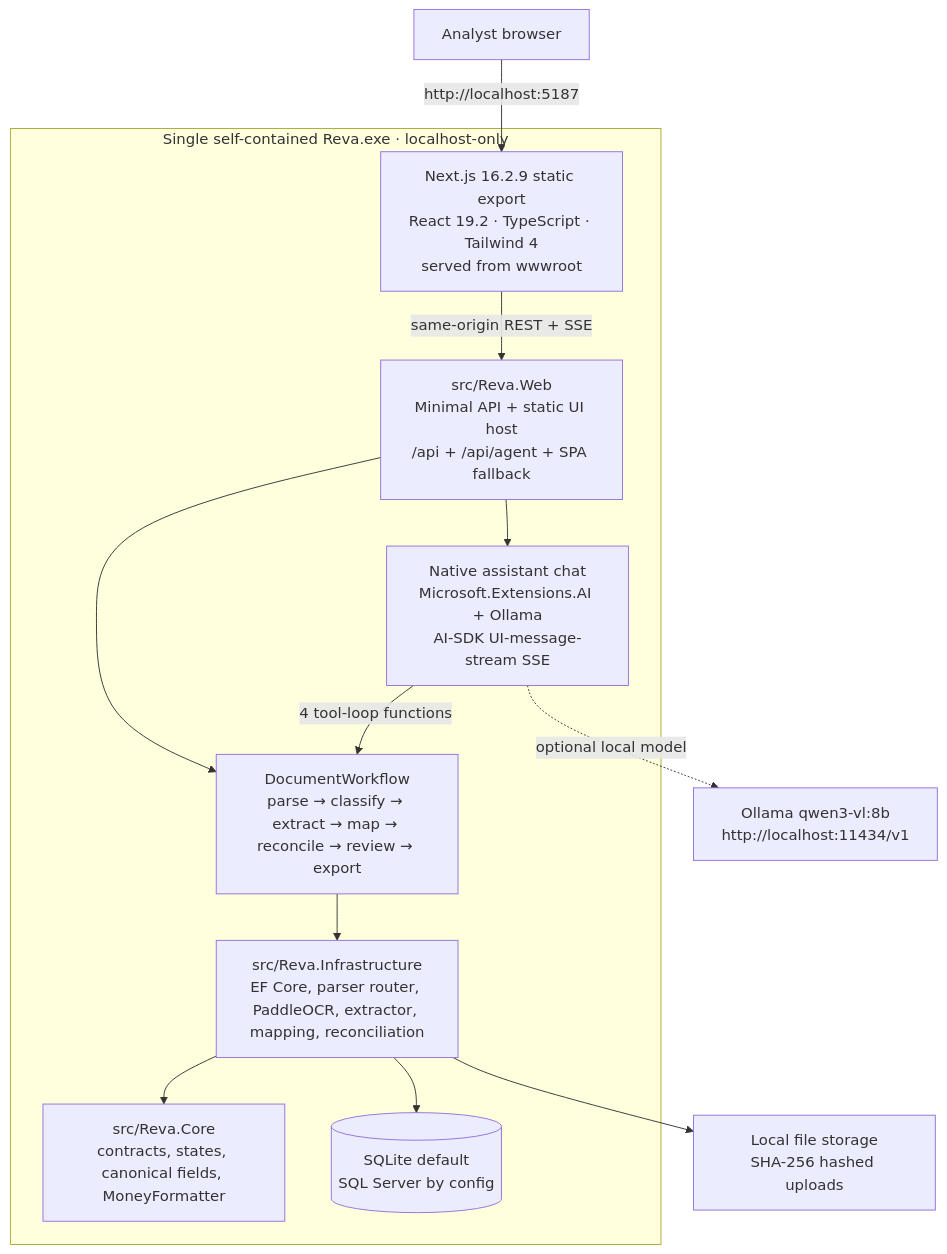
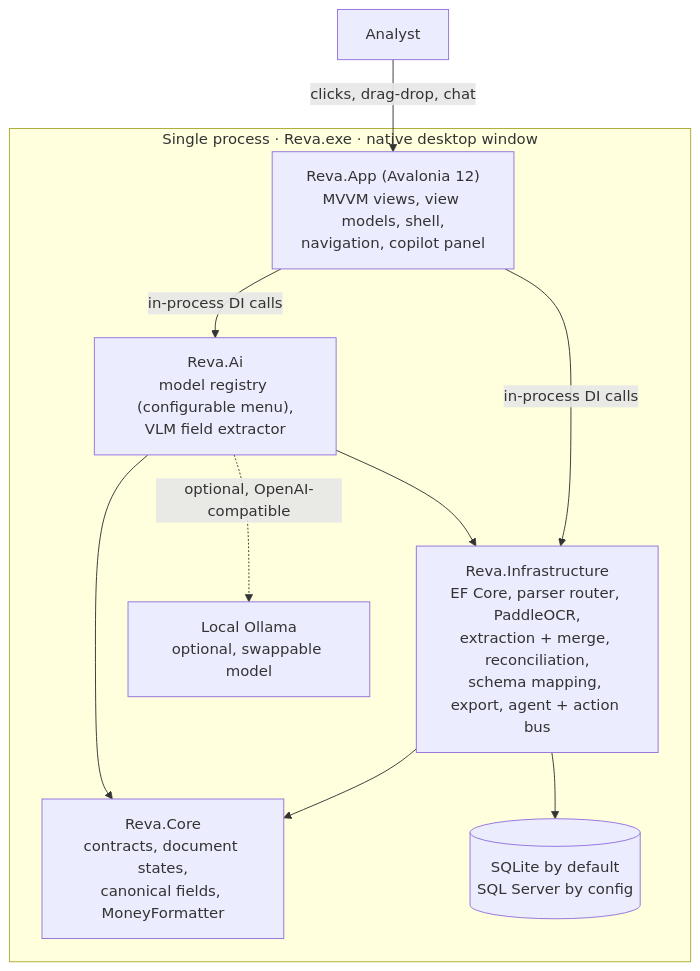
Before and after one commit to xt0n1-t3ch/Reva: the first of 2 diagrams in README.md, drawn with Mermaid. The commit also changed other lines of this file and 95 other files, not shown here.

First line of the commit message:
feat(app): Reva 2.0 — native Avalonia app, VLM-first pipeline, agentic copilot

````diff
--- a/README.md
+++ b/README.md
@@ -46,23 +102,20 @@
 ```mermaid
 flowchart TB
-  subgraph Runtime["Single self-contained Reva.exe · localhost-only"]
-    Host["src/Reva.Web<br/>Minimal API + static UI host<br/>/api + /api/agent + SPA fallback"]
-    UI["Next.js 16.2.9 static export<br/>React 19.2 · TypeScript · Tailwind 4<br/>served from wwwroot"]
-    Agent["Native assistant chat<br/>Microsoft.Extensions.AI + Ollama<br/>AI-SDK UI-message-stream SSE"]
-    Workflow["DocumentWorkflow<br/>parse → classify → extract → map → reconcile → review → export"]
-    Infra["src/Reva.Infrastructure<br/>EF Core, parser router, PaddleOCR, extractor, mapping, reconciliation"]
-    Core["src/Reva.Core<br/>contracts, states, canonical fields, MoneyFormatter"]
-    Store[("SQLite default<br/>SQL Server by config")]
+  subgraph Proc["Single process · Reva.exe · native desktop window"]
+    App["Reva.App (Avalonia 12)<br/>MVVM views, view models, shell,<br/>navigation, copilot panel"]
+    Ai["Reva.Ai<br/>model registry (configurable menu),<br/>VLM field extractor"]
+    Infra["Reva.Infrastructure<br/>EF Core, parser router, PaddleOCR,<br/>extraction + merge, reconciliation,<br/>schema mapping, export, agent + action bus"]
+    Core["Reva.Core<br/>contracts, document states,<br/>canonical fields, MoneyFormatter"]
+    Store[("SQLite by default<br/>SQL Server by config")]
+    Ollama["Local Ollama<br/>optional, swappable model"]
   end
 
-  Analyst["Analyst browser"] -->|http://localhost:5187| UI
-  UI -->|same-origin REST + SSE| Host
-  Host --> Workflow
-  Host --> Agent
-  Agent -->|4 tool-loop functions| Workflow
-  Workflow --> Infra
+  User["Analyst"] -->|clicks, drag-drop, chat| App
+  App -->|in-process DI calls| Ai
+  App -->|in-process DI calls| Infra
+  Ai --> Infra
   Infra --> Core
+  Ai --> Core
   Infra --> Store
-  Infra --> Files["Local file storage<br/>SHA-256 hashed uploads"]
-  Agent -. optional local model .-> Ollama["Ollama qwen3-vl:8b<br/>http://localhost:11434/v1"]
+  Ai -. optional, OpenAI-compatible .-> Ollama
 ```
````
